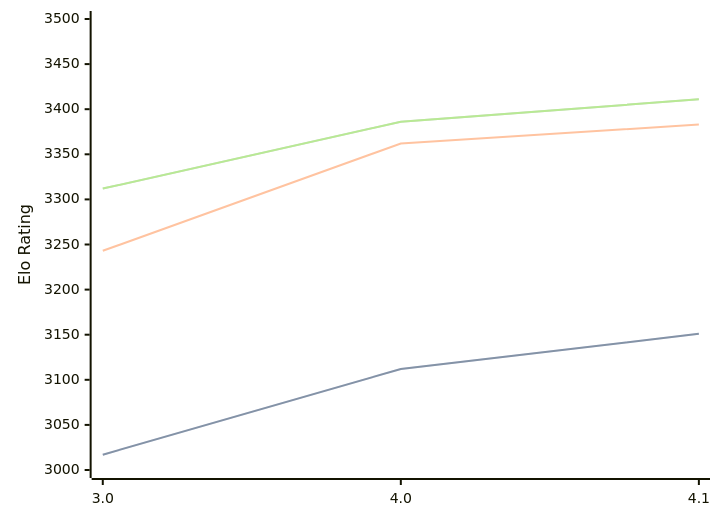
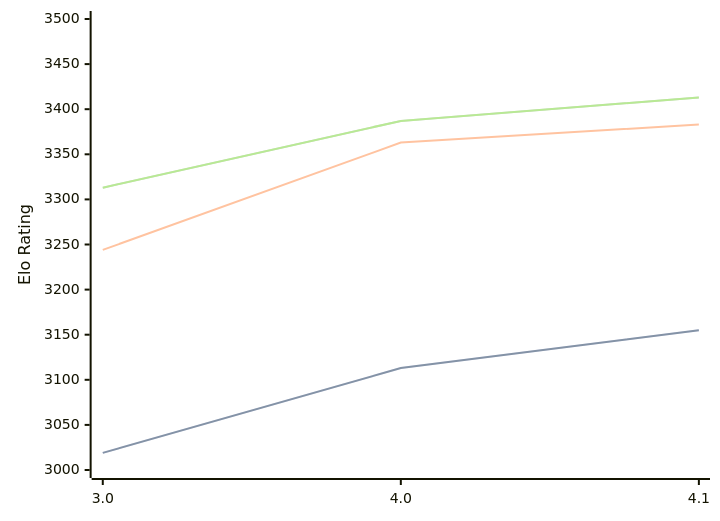
The diagram in engines/Eleanor.md (computer-chess-index/cci), drawn with Mermaid before and after one commit. The commit also changed other lines of this file, not shown here.

Commit message:
Update CCI Ratings (ELO VLTC) - 2026-08-09

````diff
--- a/engines/Eleanor.md
+++ b/engines/Eleanor.md
@@ -33,11 +33,11 @@
 ```mermaid
 %%{init: {"theme":"base","themeVariables":{"seriesColors:['#a3a3a3','#222221','#faa371']}}}%%
 xychart-beta
   x-axis ["3.0", "4.0", "4.1"]
   y-axis "Elo Rating" 3000 --> 3500
-  line "STC (8.0+0.08s)" [3017, 3112, 3151]
-  line "STC (8.0+0.08s)" [3017, 3112, 3151]
-  line "LTC (60.0+0.60s)" [3243, 3362, 3383]
-  line "VLTC (2m24s+1.12s)" [3312, 3386, 3411]
-  line "VLTC (2m24s+1.12s)" [3312, 3386, 3411]
+  line "STC (8.0+0.08s)" [3019, 3113, 3155]
+  line "STC (8.0+0.08s)" [3019, 3113, 3155]
+  line "LTC (60.0+0.60s)" [3244, 3363, 3383]
+  line "VLTC (2m24s+1.12s)" [3313, 3387, 3413]
+  line "VLTC (2m24s+1.12s)" [3313, 3387, 3413]
 ```
````
